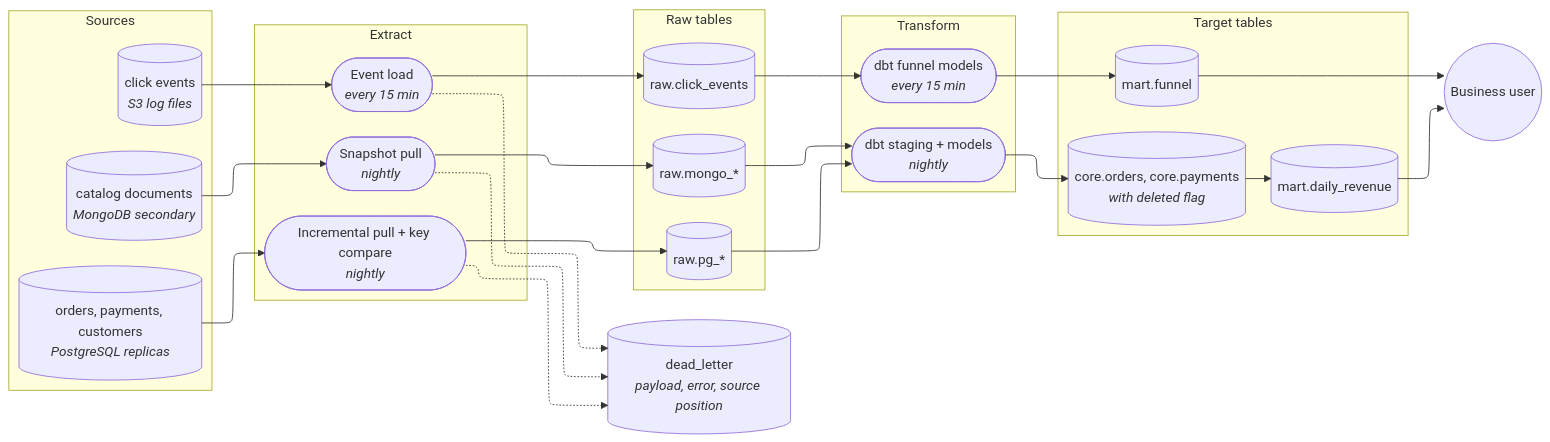
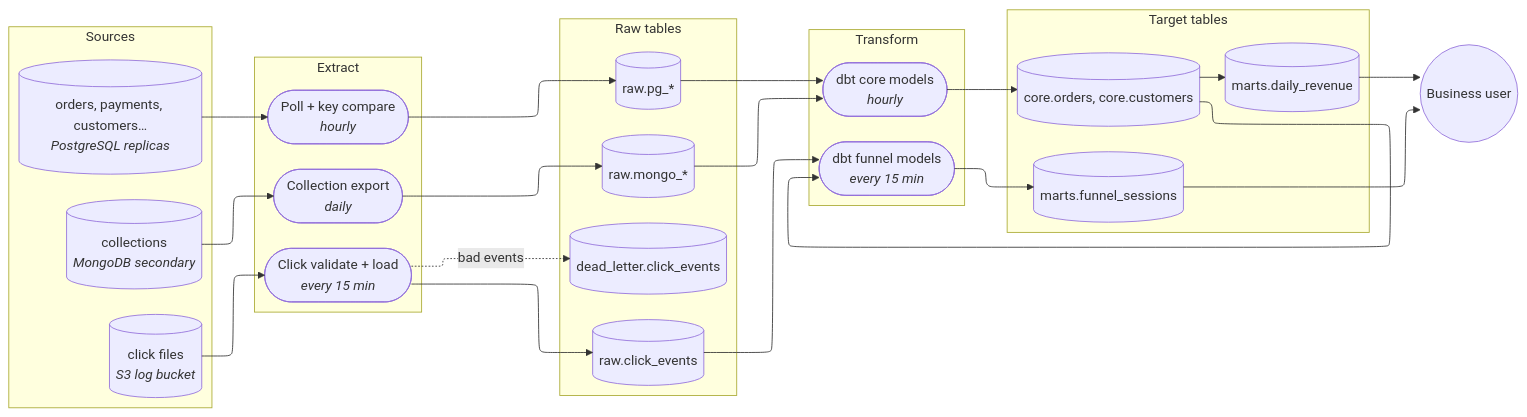
Before and after one commit to si1verwind17/data-engineering-skills: the second of 2 diagrams in demo/1-new-platform-aws/platform-design.md, drawn with Mermaid. The commit also changed other lines of this file and 3 other files, not shown here.

Commit message:
demo: designs 1 and 2 from graded runs of the dead-letter rule

````diff
--- a/demo/1-new-platform-aws/platform-design.md
+++ b/demo/1-new-platform-aws/platform-design.md
@@ -64,40 +68,39 @@
 ```mermaid
 ---
 config:
   layout: elk
 ---
 flowchart LR
   subgraph sources[Sources]
-    s1[("orders, payments, customers<br/><i>PostgreSQL replicas</i>")]
-    s2[("catalog documents<br/><i>MongoDB secondary</i>")]
-    s3[("click events<br/><i>S3 log files</i>")]
+    s1[("orders, payments, customers…<br/><i>PostgreSQL replicas</i>")]
+    s2[("collections<br/><i>MongoDB secondary</i>")]
+    s3[("click files<br/><i>S3 log bucket</i>")]
   end
   subgraph extract[Extract]
-    j1(["Incremental pull + key compare<br/><i>nightly</i>"])
-    j2(["Snapshot pull<br/><i>nightly</i>"])
-    j3(["Event load<br/><i>every 15 min</i>"])
+    e1(["Poll + key compare<br/><i>hourly</i>"])
+    e2(["Collection export<br/><i>daily</i>"])
+    e3(["Click validate + load<br/><i>every 15 min</i>"])
   end
   subgraph raw[Raw tables]
     r1[("raw.pg_*")]
     r2[("raw.mongo_*")]
     r3[("raw.click_events")]
+    dl[("dead_letter.click_events")]
   end
   subgraph transform[Transform]
-    t1(["dbt staging + models<br/><i>nightly</i>"])
+    t1(["dbt core models<br/><i>hourly</i>"])
     t2(["dbt funnel models<br/><i>every 15 min</i>"])
   end
   subgraph target[Target tables]
-    c1[("core.orders, core.payments<br/><i>with deleted flag</i>")]
-    c2[("mart.daily_revenue")]
-    c3[("mart.funnel")]
+    c1[("core.orders, core.customers")]
+    m1[("marts.daily_revenue")]
+    m2[("marts.funnel_sessions")]
   end
-  dl[("dead_letter<br/><i>payload, error, source position</i>")]
-  s1 --> j1 --> r1 --> t1 --> c1 --> c2
-  s2 --> j2 --> r2 --> t1
-  s3 --> j3 --> r3 --> t2 --> c3
-  c2 --> user((Business user))
-  c3 --> user
-  j1 -.-> dl
-  j2 -.-> dl
-  j3 -.-> dl
+  s1 --> e1 --> r1 --> t1 --> c1 --> m1
+  s2 --> e2 --> r2 --> t1
+  s3 --> e3 --> r3 --> t2 --> m2
+  c1 --> t2
+  e3 -. bad events .-> dl
+  m1 --> user((Business user))
+  m2 --> user
 ```
````
